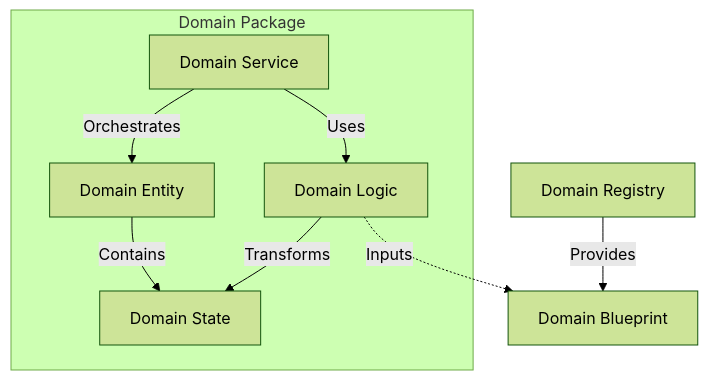
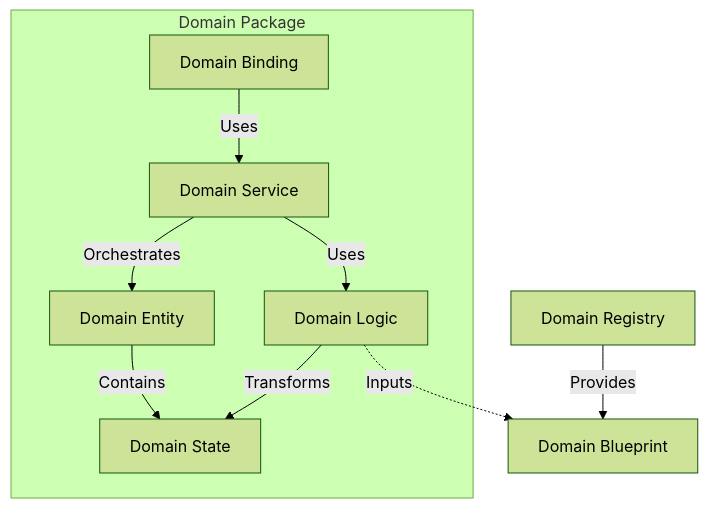
Before and after one commit to mnaatjes/oregon-trail-clone: the first of 2 diagrams in docs/explanation/engineering/domain_architecture_contract.md, drawn with Mermaid (forest theme). The commit also changed other lines of this file and 3 other files, not shown here.

Commit message:
domain binding strategy

````diff
--- a/docs/explanation/engineering/domain_architecture_contract.md
+++ b/docs/explanation/engineering/domain_architecture_contract.md
@@ -39,19 +45,21 @@
 ```mermaid
 graph TD
     subgraph "Domain Package"
+        Binding[Domain Binding]
         Service[Domain Service]
         Logic[Domain Logic]
         State[Domain State]
         Entity[Domain Entity]
     end
 
     Registry[Domain Registry]
     Blueprint[Domain Blueprint]
 
     Registry -->|Provides| Blueprint
+    Binding -->|Uses| Service
     Service -->|Orchestrates| Entity
     Service -->|Uses| Logic
     Logic -->|Transforms| State
     Entity -->|Contains| State
     Logic -.->|Inputs| Blueprint
 ```
````
